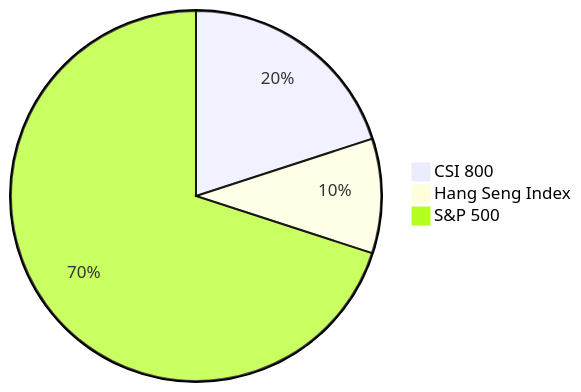
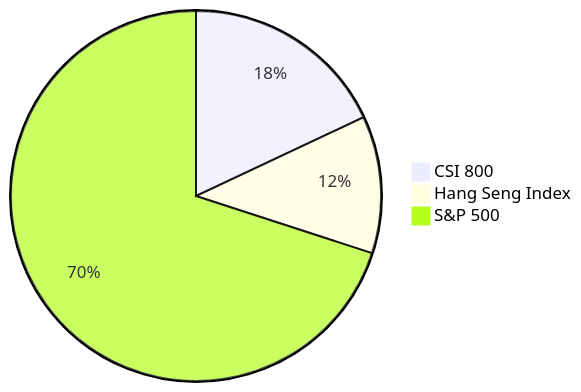
Before and after one commit to low-earth-orbit/notes: the fifth of 5 diagrams in chinese-couch-potato.md, drawn with Mermaid. The commit also changed other lines of this file, not shown here.

````diff
--- a/chinese-couch-potato.md
+++ b/chinese-couch-potato.md
@@ -171,6 +171,6 @@
 ```mermaid
 pie
-"CSI 800" : 20
-"Hang Seng Index" : 10
+"CSI 800" : 18
+"Hang Seng Index" : 12
 "S&P 500" : 70
 ```
````
